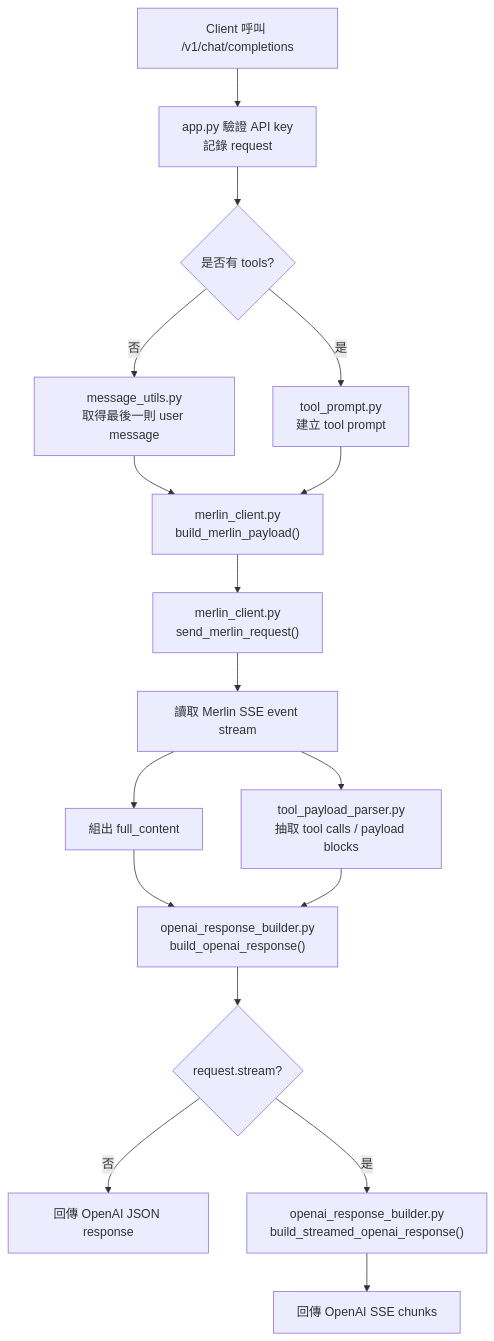
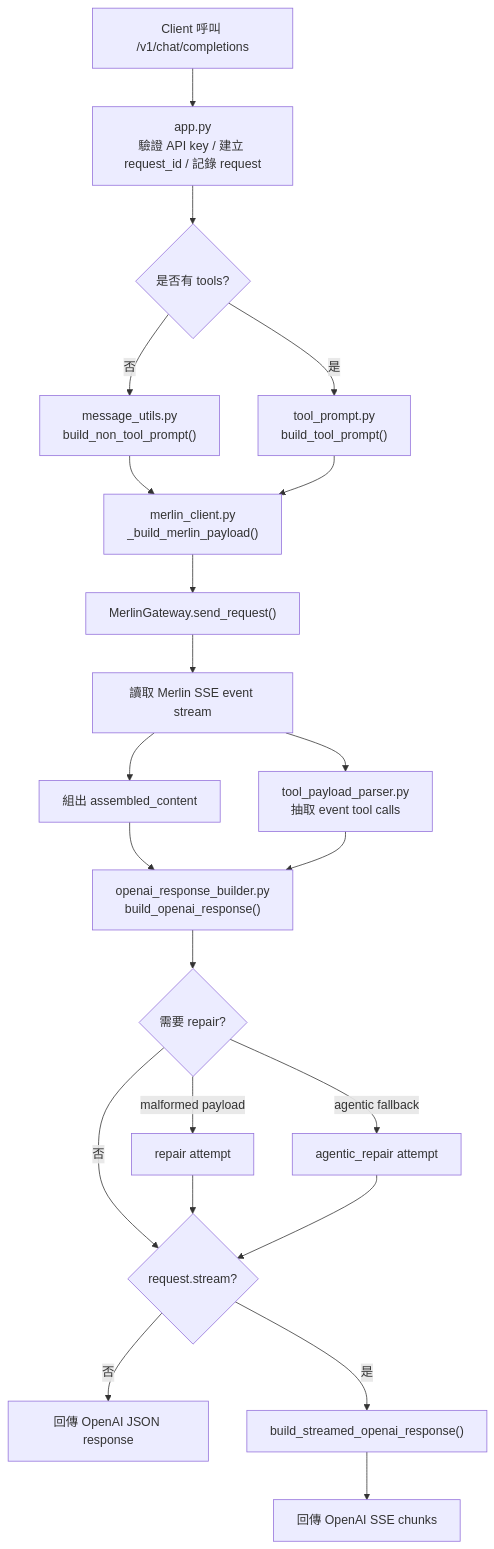
One commit to bigtongue5566/merlinai-adapter-server changed the diagram in docs/architecture-flow.md. Above: the diagram before and after it, drawn with Mermaid. The commit also changed other lines of this file and 1 other file, not shown here.

````diff
--- a/docs/architecture-flow.md
+++ b/docs/architecture-flow.md
@@ -23,24 +28,30 @@
 ```mermaid
 flowchart TD
-    A["Client 呼叫 /v1/chat/completions"] --> B["app.py 驗證 API key<br/>記錄 request"]
+    A["Client 呼叫 /v1/chat/completions"] --> B["app.py<br/>驗證 API key / 建立 request_id / 記錄 request"]
     B --> C{"是否有 tools?"}
 
-    C -->|否| D["message_utils.py<br/>取得最後一則 user message"]
-    C -->|是| E["tool_prompt.py<br/>建立 tool prompt"]
+    C -->|否| D["message_utils.py<br/>build_non_tool_prompt()"]
+    C -->|是| E["tool_prompt.py<br/>build_tool_prompt()"]
 
-    D --> F["merlin_client.py<br/>build_merlin_payload()"]
+    D --> F["merlin_client.py<br/>_build_merlin_payload()"]
     E --> F
 
-    F --> G["merlin_client.py<br/>send_merlin_request()"]
+    F --> G["MerlinGateway.send_request()"]
     G --> H["讀取 Merlin SSE event stream"]
-    H --> I["組出 full_content"]
-    H --> J["tool_payload_parser.py<br/>抽取 tool calls / payload blocks"]
+    H --> I["組出 assembled_content"]
+    H --> J["tool_payload_parser.py<br/>抽取 event tool calls"]
 
     I --> K["openai_response_builder.py<br/>build_openai_response()"]
     J --> K
 
-    K --> L{"request.stream?"}
-    L -->|否| M["回傳 OpenAI JSON response"]
-    L -->|是| N["openai_response_builder.py<br/>build_streamed_openai_response()"]
-    N --> O["回傳 OpenAI SSE chunks"]
+    K --> L{"需要 repair?"}
+    L -->|malformed payload| M["repair attempt"]
+    L -->|agentic fallback| N["agentic_repair attempt"]
+    L -->|否| O{"request.stream?"}
+    M --> O
+    N --> O
+
+    O -->|否| P["回傳 OpenAI JSON response"]
+    O -->|是| Q["build_streamed_openai_response()"]
+    Q --> R["回傳 OpenAI SSE chunks"]
 ```
````
